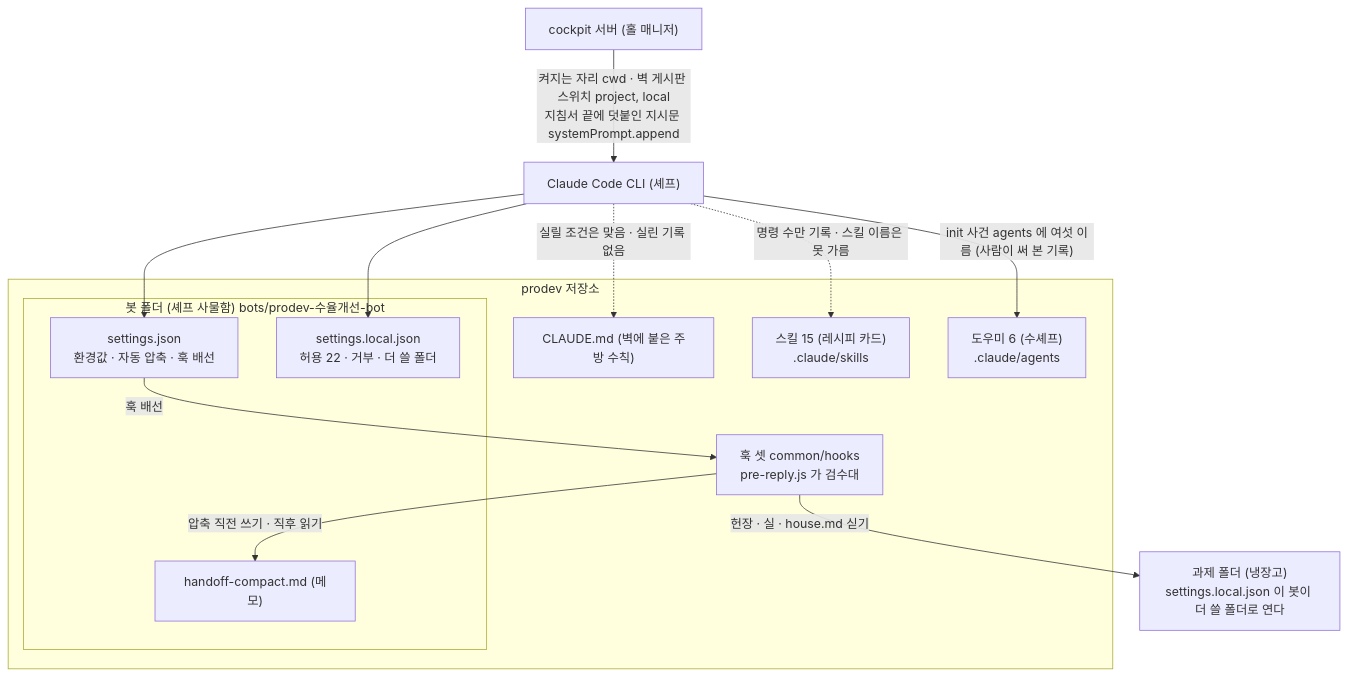
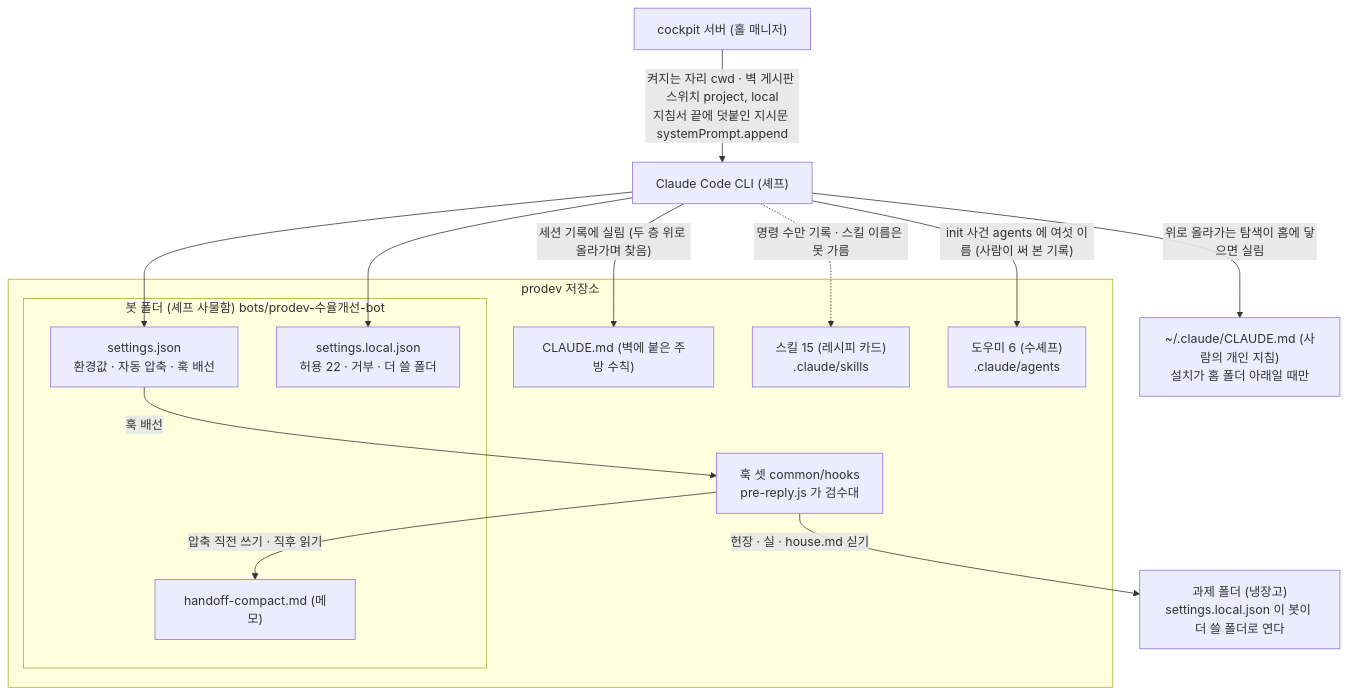
One commit to bjw202/cockpit changed the sixth of 7 diagrams in docs/ARCHITECTURE_EXPLANATION.md. Above: the diagram before and after it, drawn with Mermaid. The commit also changed other lines of this file and 3 other files, not shown here.

First line of the commit message:
N18 실증: 홈 아래 설치면 ~/.claude/CLAUDE.md 가 봇에 실린다(홈 밖 0 · 홈 아래 1, m1-hello haiku 두 번) — README 2.2 · INSTALL-WINDOWS 4번 홈 밖 한 줄 · ARCHITECTURE_EXPLANATION 4 · 10 · 14절 실린 기록대로 · log

````diff
--- a/docs/ARCHITECTURE_EXPLANATION.md
+++ b/docs/ARCHITECTURE_EXPLANATION.md
@@ -427,24 +427,26 @@
 ```mermaid
 flowchart TB
   S["cockpit 서버 (홀 매니저)"] -->|"켜지는 자리 cwd · 벽 게시판 스위치 project, local<br/>지침서 끝에 덧붙인 지시문 systemPrompt.append"| C["Claude Code CLI (셰프)"]
   subgraph PR["prodev 저장소"]
     MD["CLAUDE.md (벽에 붙은 주방 수칙)"]
     SK["스킬 15 (레시피 카드)<br/>.claude/skills"]
     AG["도우미 6 (수셰프)<br/>.claude/agents"]
     HK["훅 셋 common/hooks<br/>pre-reply.js 가 검수대"]
     subgraph BD["봇 폴더 (셰프 사물함) bots/prodev-수율개선-bot"]
       SJ["settings.json<br/>환경값 · 자동 압축 · 훅 배선"]
       SL["settings.local.json<br/>허용 22 · 거부 · 더 쓸 폴더"]
       HO["handoff-compact.md (메모)"]
     end
   end
   PD["과제 폴더 (냉장고)<br/>settings.local.json 이 봇이 더 쓸 폴더로 연다"]
   C --> SJ
   C --> SL
   SJ -->|"훅 배선"| HK
   HK -->|"압축 직전 쓰기 · 직후 읽기"| HO
   HK -->|"헌장 · 실 · house.md 싣기"| PD
   C -->|"init 사건 agents 에 여섯 이름 (사람이 써 본 기록)"| AG
-  C -.->|"실릴 조건은 맞음 · 실린 기록 없음"| MD
+  C -->|"세션 기록에 실림 (두 층 위로 올라가며 찾음)"| MD
+  HM["~/.claude/CLAUDE.md (사람의 개인 지침)<br/>설치가 홈 폴더 아래일 때만"]
+  C -->|"위로 올라가는 탐색이 홈에 닿으면 실림"| HM
   C -.->|"명령 수만 기록 · 스킬 이름은 못 가름"| SK
 ```
````
